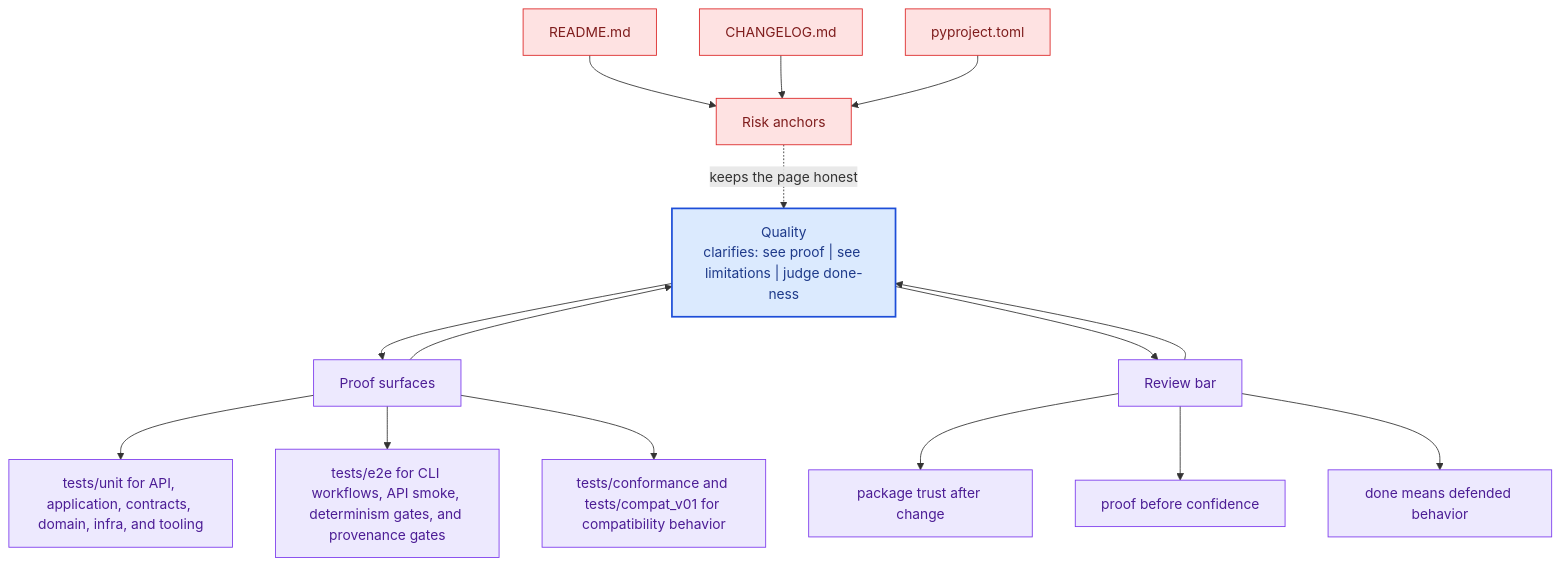
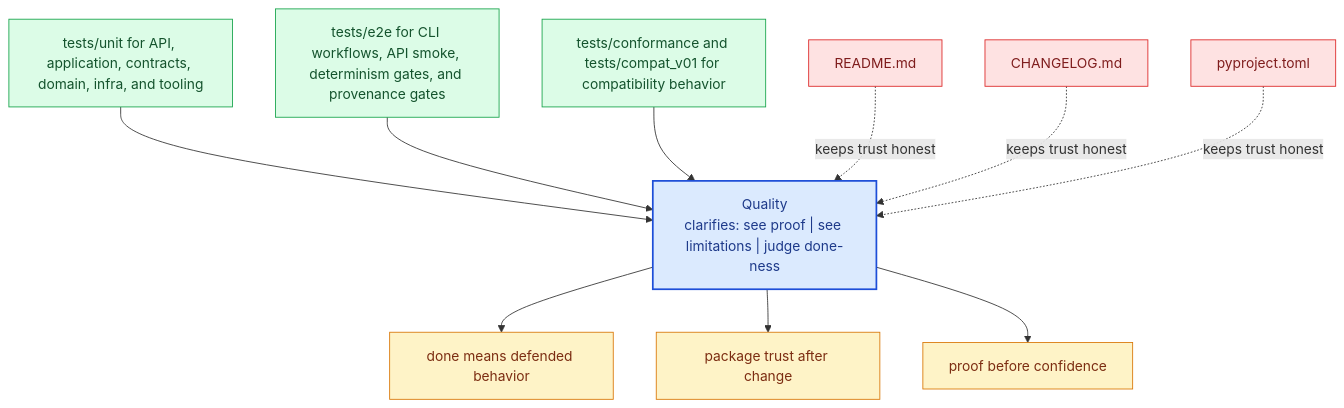
Before and after one commit to bijux/bijux-canon: the diagram in docs/bijux-canon-index/quality/index.md, drawn with Mermaid. The commit also changed other lines of this file and 281 other files, not shown here.

Commit message:
docs(diagrams): replace repeated mermaid scaffolds with page-specific summaries

````diff
--- a/docs/bijux-canon-index/quality/index.md
+++ b/docs/bijux-canon-index/quality/index.md
@@ -65,41 +20,31 @@
 ```mermaid
 flowchart TB
-    promise["Quality<br/>clarifies: see proof | see limitations | judge done-ness"]
-    classDef promise fill:#dbeafe,stroke:#1d4ed8,color:#1e3a8a,stroke-width:2px;
-    classDef driver fill:#dcfce7,stroke:#16a34a,color:#14532d;
-    classDef constraint fill:#fee2e2,stroke:#dc2626,color:#7f1d1d;
-    classDef ground fill:#ede9fe,stroke:#7c3aed,color:#4c1d95;
-    focus1["Proof surfaces"]
-    focus1 --> promise
-    promise --> focus1
-    focus1_1["tests/unit for API, application, contracts, domain, infra, and tooling"]
-    focus1 --> focus1_1
-    focus1_2["tests/e2e for CLI workflows, API smoke, determinism gates, and provenance gates"]
-    focus1 --> focus1_2
-    focus1_3["tests/conformance and tests/compat_v01 for compatibility behavior"]
-    focus1 --> focus1_3
-    class focus1 ground;
-    class focus1_1,focus1_2,focus1_3 ground;
-    focus2["Risk anchors"]
-    focus2 -.keeps the page honest.-> promise
-    focus2_1["README.md"]
-    focus2_1 --> focus2
-    focus2_2["CHANGELOG.md"]
-    focus2_2 --> focus2
-    focus2_3["pyproject.toml"]
-    focus2_3 --> focus2
-    class focus2 constraint;
-    class focus2_1,focus2_2,focus2_3 constraint;
-    focus3["Review bar"]
-    focus3 --> promise
-    promise --> focus3
-    focus3_1["package trust after change"]
-    focus3 --> focus3_1
-    focus3_2["proof before confidence"]
-    focus3 --> focus3_2
-    focus3_3["done means defended behavior"]
-    focus3 --> focus3_3
-    class focus3 ground;
-    class focus3_1,focus3_2,focus3_3 ground;
-    class promise promise;
+    page["Quality<br/>clarifies: see proof | see limitations | judge done-ness"]
+    classDef page fill:#dbeafe,stroke:#1d4ed8,color:#1e3a8a,stroke-width:2px;
+    classDef positive fill:#dcfce7,stroke:#16a34a,color:#14532d;
+    classDef caution fill:#fee2e2,stroke:#dc2626,color:#7f1d1d;
+    classDef anchor fill:#ede9fe,stroke:#7c3aed,color:#4c1d95;
+    classDef action fill:#fef3c7,stroke:#d97706,color:#7c2d12;
+    proof1["tests/unit for API, application, contracts, domain, infra, and tooling"]
+    proof1 --> page
+    proof2["tests/e2e for CLI workflows, API smoke, determinism gates, and provenance gates"]
+    proof2 --> page
+    proof3["tests/conformance and tests/compat_v01 for compatibility behavior"]
+    proof3 --> page
+    risk1["README.md"]
+    risk1 -.keeps trust honest.-> page
+    risk2["CHANGELOG.md"]
+    risk2 -.keeps trust honest.-> page
+    risk3["pyproject.toml"]
+    risk3 -.keeps trust honest.-> page
+    bar1["done means defended behavior"]
+    page --> bar1
+    bar2["package trust after change"]
+    page --> bar2
+    bar3["proof before confidence"]
+    page --> bar3
+    class page page;
+    class proof1,proof2,proof3 positive;
+    class risk1,risk2,risk3 caution;
+    class bar1,bar2,bar3 action;
 ```
````
